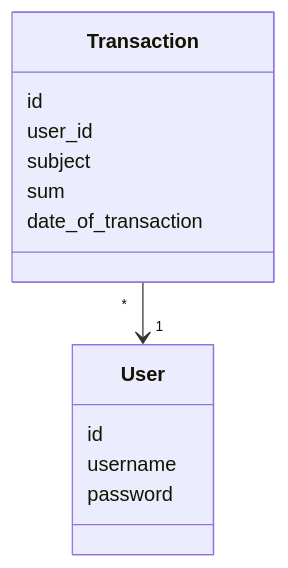
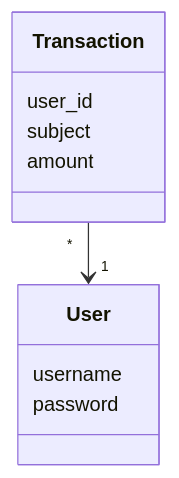
One commit to lkauria/ot-harjoitustyo changed the first of 2 diagrams in documentation/arkkitehtuuri.md. Above: the diagram before and after it, drawn with Mermaid. The commit also changed other lines of this file and 4 other files, not shown here.

````diff
--- a/documentation/arkkitehtuuri.md
+++ b/documentation/arkkitehtuuri.md
@@ -21,16 +21,13 @@
 ```mermaid
  classDiagram
       Transaction "*" --> "1" User
       class User{
-          id
           username
           password
       }
       class Transaction{
-          id
           user_id
           subject
-          sum
-          date_of_transaction
+          amount
       }
 ```
````
